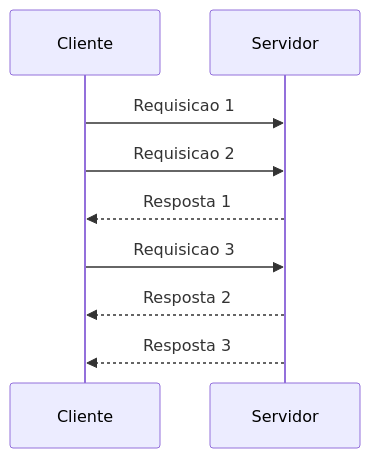
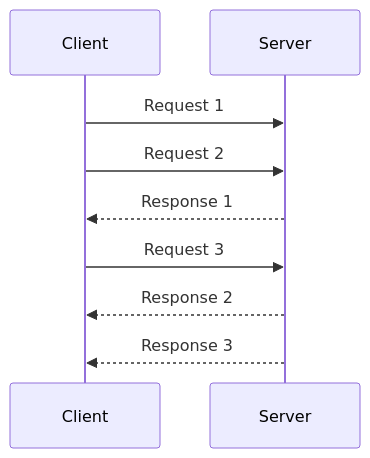
Before and after one commit to alancesar/design-patterns: the diagram in docs/architecture/distributed-systems/node-communication/request-pipeline.md, drawn with Mermaid. The commit also changed 258 other files, not shown here.

First line of the commit message:
Translate Mermaid diagrams to English

````diff
--- a/docs/architecture/distributed-systems/node-communication/request-pipeline.md
+++ b/docs/architecture/distributed-systems/node-communication/request-pipeline.md
@@ -55,11 +55,11 @@
 ```mermaid
 sequenceDiagram
-    participant C as Cliente
-    participant S as Servidor
-    C->>S: Requisicao 1
-    C->>S: Requisicao 2
-    S-->>C: Resposta 1
-    C->>S: Requisicao 3
-    S-->>C: Resposta 2
-    S-->>C: Resposta 3
+    participant C as Client
+    participant S as Server
+    C->>S: Request 1
+    C->>S: Request 2
+    S-->>C: Response 1
+    C->>S: Request 3
+    S-->>C: Response 2
+    S-->>C: Response 3
 ```
````
